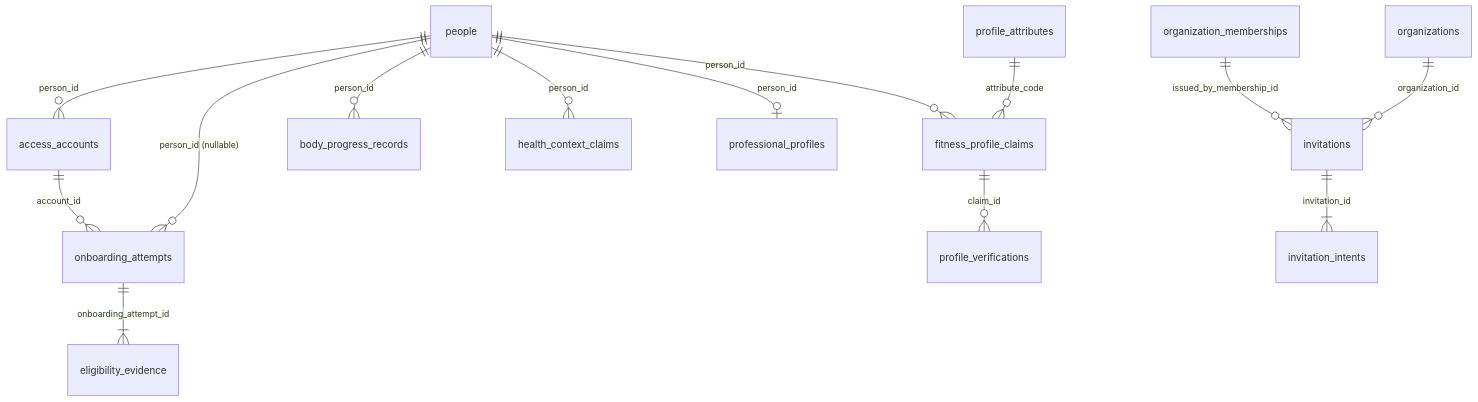
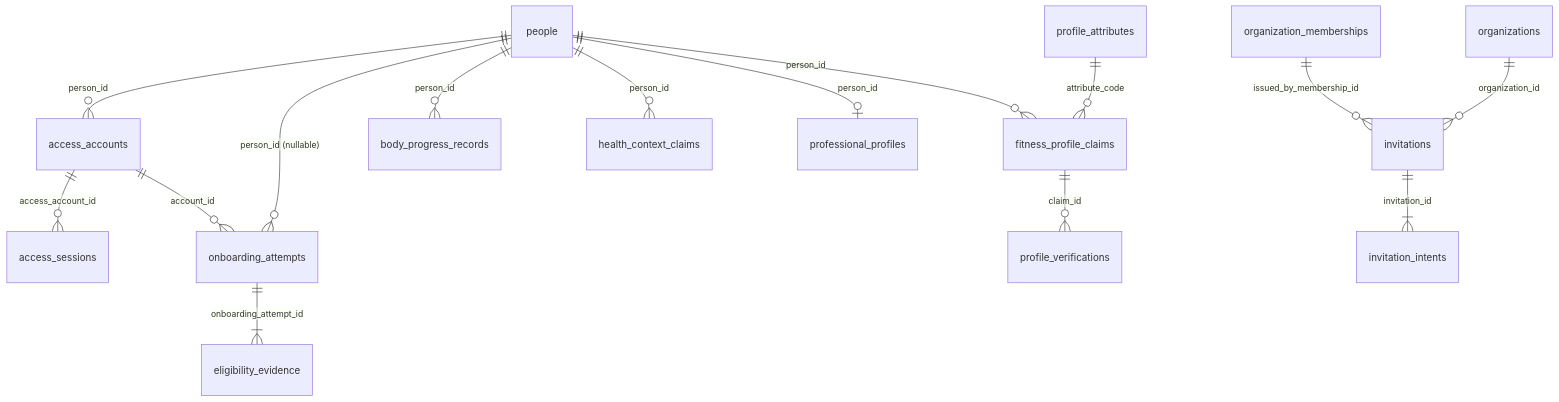
Before and after one commit to allfitone/allfitone-docs: the first of 9 diagrams in platform/database/refactor/03_PROPOSED_DESIGN/V1_LOGICAL_ERD.md, drawn with Mermaid. The commit also changed other lines of this file and 10 other files, not shown here.

````diff
--- a/platform/database/refactor/03_PROPOSED_DESIGN/V1_LOGICAL_ERD.md
+++ b/platform/database/refactor/03_PROPOSED_DESIGN/V1_LOGICAL_ERD.md
@@ -90,16 +91,17 @@
 ```mermaid
 erDiagram
     people ||--o{ access_accounts : "person_id"
+    access_accounts ||--o{ access_sessions : "access_account_id"
     people ||--o{ onboarding_attempts : "person_id (nullable)"
     access_accounts ||--o{ onboarding_attempts : "account_id"
     onboarding_attempts ||--|{ eligibility_evidence : "onboarding_attempt_id"
     profile_attributes ||--o{ fitness_profile_claims : "attribute_code"
     people ||--o{ fitness_profile_claims : "person_id"
     people ||--o{ body_progress_records : "person_id"
     people ||--o{ health_context_claims : "person_id"
     fitness_profile_claims ||--o{ profile_verifications : "claim_id"
     people ||--o| professional_profiles : "person_id"
     organizations ||--o{ invitations : "organization_id"
     organization_memberships ||--o{ invitations : "issued_by_membership_id"
     invitations ||--|{ invitation_intents : "invitation_id"
 ```
````
